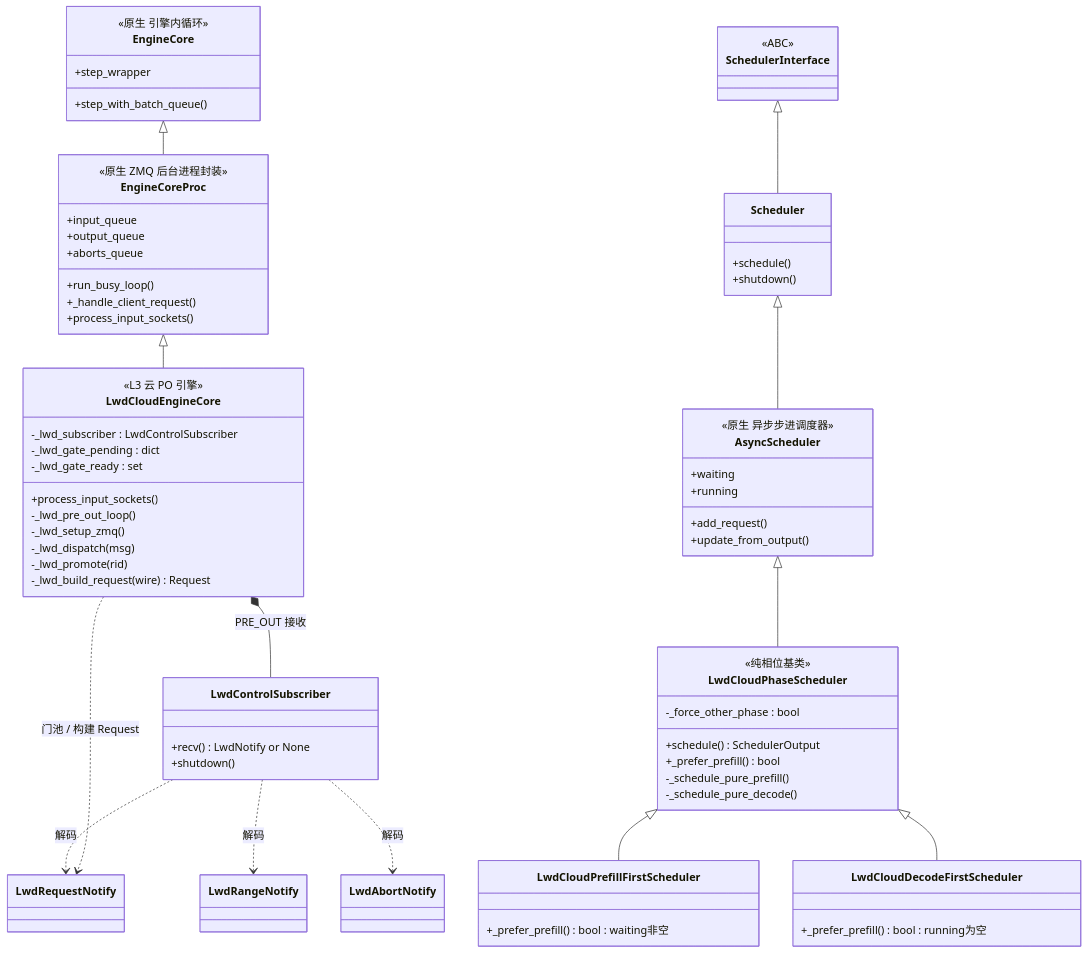
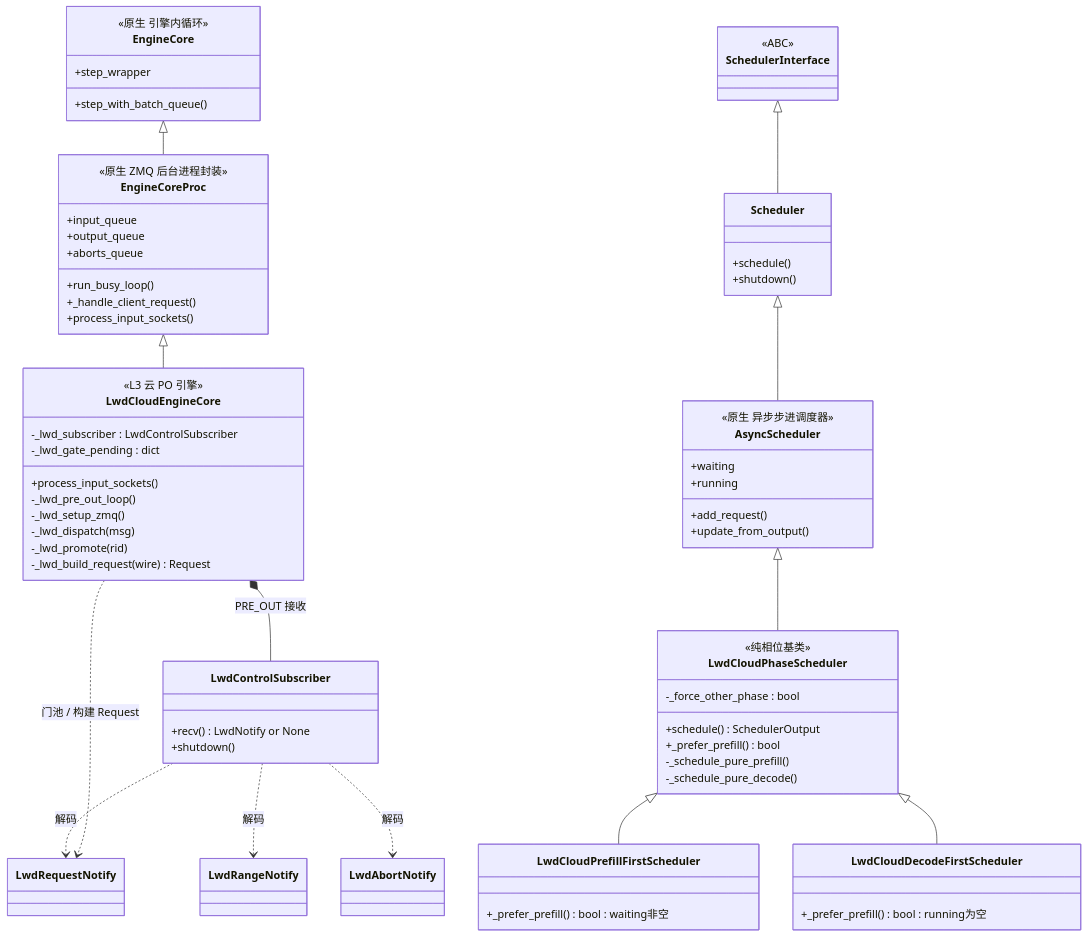
The first of 4 diagrams in docs/refactor/lwd_cloud_scheduler_design.md (Chloe-orz/vllm-23.0), drawn with Mermaid before and after one commit. The commit also changed other lines of this file and 2 other files, not shown here.

First line of the commit message:
refactor(lwd_cloud_scheduler): 重构云调度器门控逻辑与通信协议

````diff
--- a/docs/refactor/lwd_cloud_scheduler_design.md
+++ b/docs/refactor/lwd_cloud_scheduler_design.md
@@ -154,79 +155,78 @@
 ```mermaid
 classDiagram
     direction TB
 
     class EngineCore {
         <<原生 引擎内循环>>
         +step_wrapper
         +step_with_batch_queue()
     }
     class EngineCoreProc {
         <<原生 ZMQ 后台进程封装>>
         +run_busy_loop()
         +_handle_client_request()
         +process_input_sockets()
         +input_queue
         +output_queue
         +aborts_queue
     }
     class LwdCloudEngineCore {
         <<L3 云 PO 引擎>>
         -_lwd_subscriber : LwdControlSubscriber
         -_lwd_gate_pending : dict
-        -_lwd_gate_ready : set
         +process_input_sockets()
         -_lwd_pre_out_loop()
         -_lwd_setup_zmq()
         -_lwd_dispatch(msg)
         -_lwd_promote(rid)
         -_lwd_build_request(wire) Request
     }
     class SchedulerInterface {
         <<ABC>>
     }
     class Scheduler {
         +schedule()
         +shutdown()
     }
     class AsyncScheduler {
         <<原生 异步步进调度器>>
         +add_request()
         +update_from_output()
         +waiting
         +running
     }
     class LwdCloudPhaseScheduler {
         <<纯相位基类>>
         -_force_other_phase : bool
         +schedule() SchedulerOutput
         +_prefer_prefill() bool
         -_schedule_pure_prefill()
         -_schedule_pure_decode()
     }
     class LwdCloudPrefillFirstScheduler {
         +_prefer_prefill() bool : waiting非空
     }
     class LwdCloudDecodeFirstScheduler {
         +_prefer_prefill() bool : running为空
     }
     class LwdControlSubscriber {
         +recv() LwdNotify or None
         +shutdown()
     }
     class LwdRequestNotify
     class LwdRangeNotify
     class LwdAbortNotify
 
     EngineCore <|-- EngineCoreProc
     EngineCoreProc <|-- LwdCloudEngineCore
     SchedulerInterface <|-- Scheduler
     Scheduler <|-- AsyncScheduler
     AsyncScheduler <|-- LwdCloudPhaseScheduler
     LwdCloudPhaseScheduler <|-- LwdCloudPrefillFirstScheduler
     LwdCloudPhaseScheduler <|-- LwdCloudDecodeFirstScheduler
     LwdCloudEngineCore *-- LwdControlSubscriber : PRE_OUT 接收
     LwdControlSubscriber ..> LwdRequestNotify : 解码
     LwdControlSubscriber ..> LwdRangeNotify : 解码
     LwdControlSubscriber ..> LwdAbortNotify : 解码
     LwdCloudEngineCore ..> LwdRequestNotify : 门池 / 构建 Request
 ```
````
